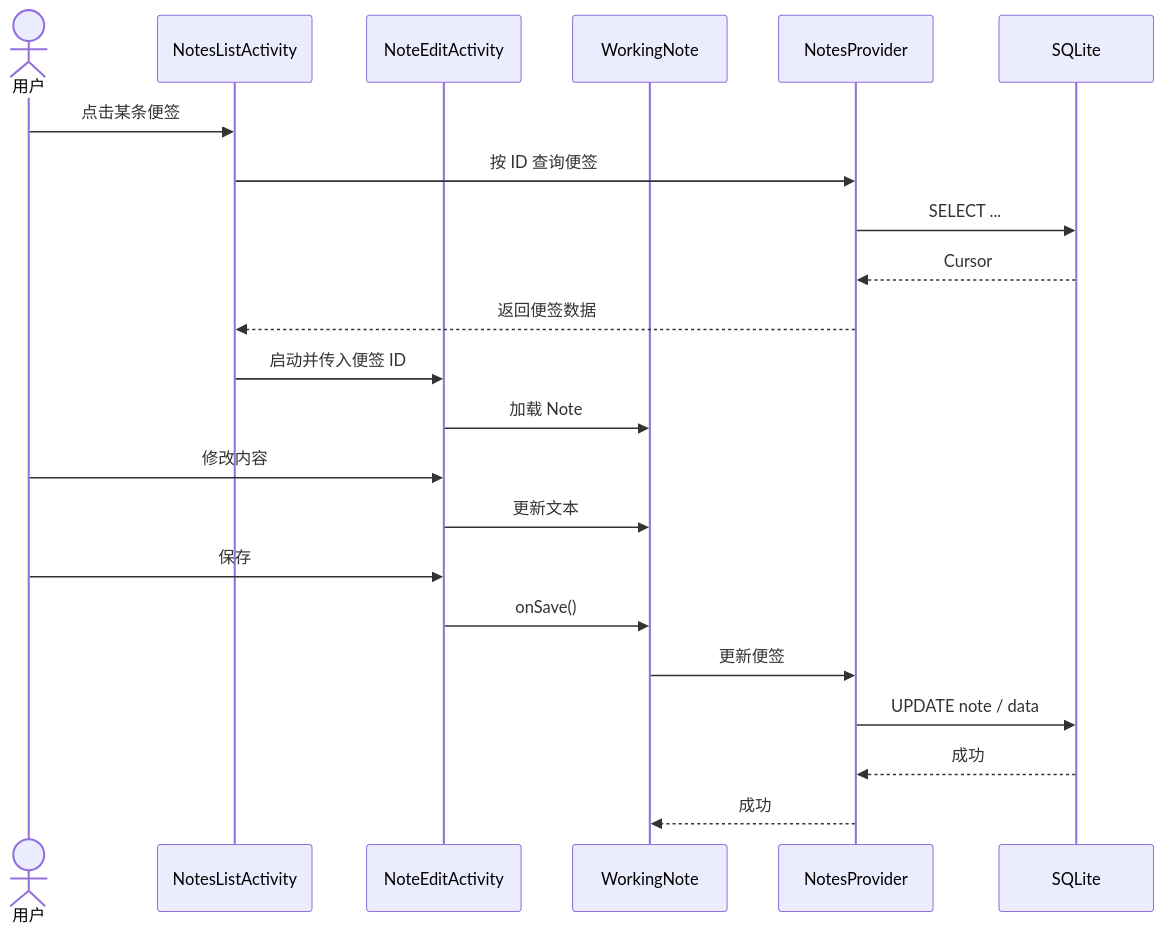
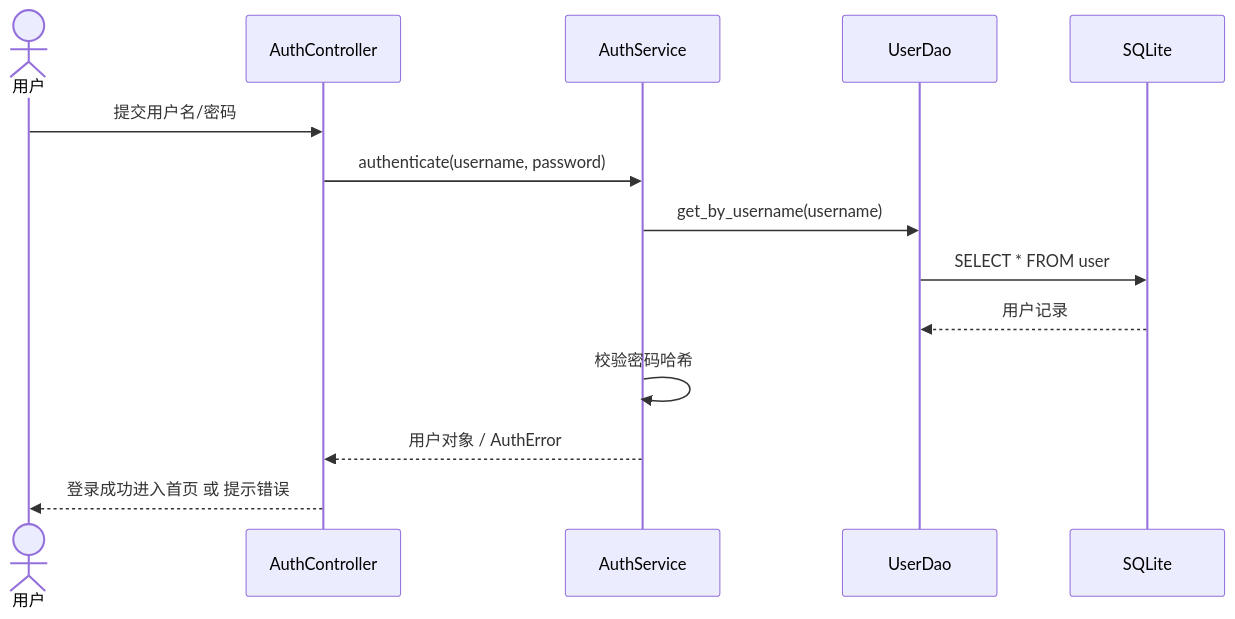
The third of 4 diagrams in docs/02-软件需求规格说明书.md (otreeevol/project), drawn with Mermaid before and after one commit. The commit also changed other lines of this file and 221 other files, not shown here.

````diff
--- a/docs/02-软件需求规格说明书.md
+++ b/docs/02-软件需求规格说明书.md
@@ -180,25 +152,17 @@
 ```mermaid
 sequenceDiagram
     actor U as 用户
-    participant LA as NotesListActivity
-    participant EA as NoteEditActivity
-    participant WN as WorkingNote
-    participant NP as NotesProvider
+    participant A as AuthController
+    participant S as AuthService
+    participant D as UserDao
     participant DB as SQLite
 
-    U->>LA: 点击某条便签
-    LA->>NP: 按 ID 查询便签
-    NP->>DB: SELECT ...
-    DB-->>NP: Cursor
-    NP-->>LA: 返回便签数据
-    LA->>EA: 启动并传入便签 ID
-    EA->>WN: 加载 Note
-    U->>EA: 修改内容
-    EA->>WN: 更新文本
-    U->>EA: 保存
-    EA->>WN: onSave()
-    WN->>NP: 更新便签
-    NP->>DB: UPDATE note / data
-    DB-->>NP: 成功
-    NP-->>WN: 成功
+    U->>A: 提交用户名/密码
+    A->>S: authenticate(username, password)
+    S->>D: get_by_username(username)
+    D->>DB: SELECT * FROM user
+    DB-->>D: 用户记录
+    S->>S: 校验密码哈希
+    S-->>A: 用户对象 / AuthError
+    A-->>U: 登录成功进入首页 或 提示错误
 ```
````
